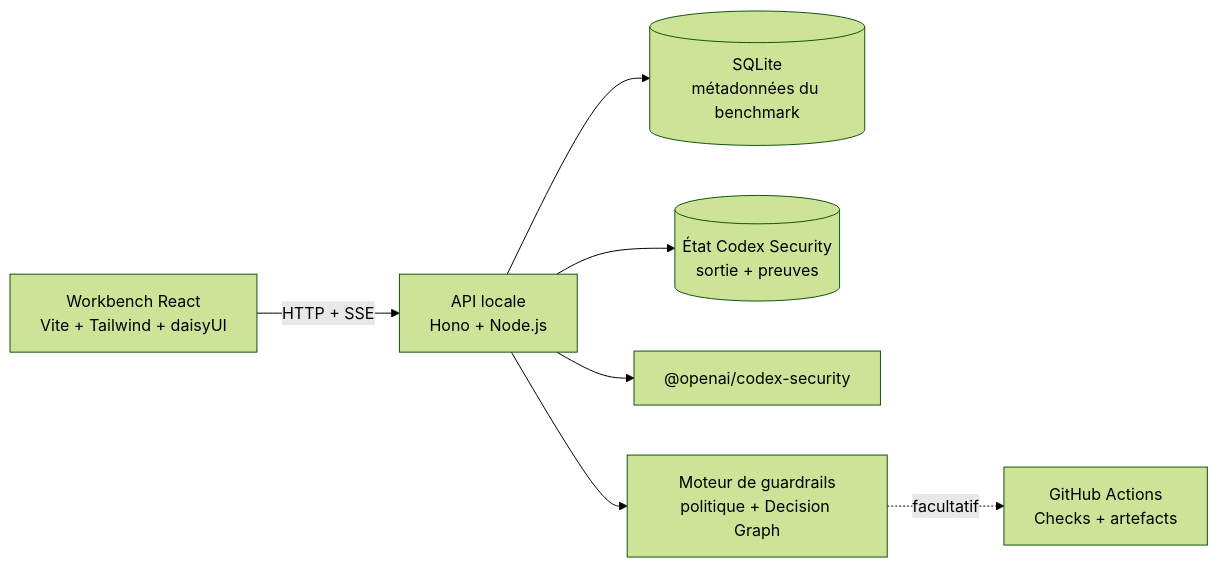
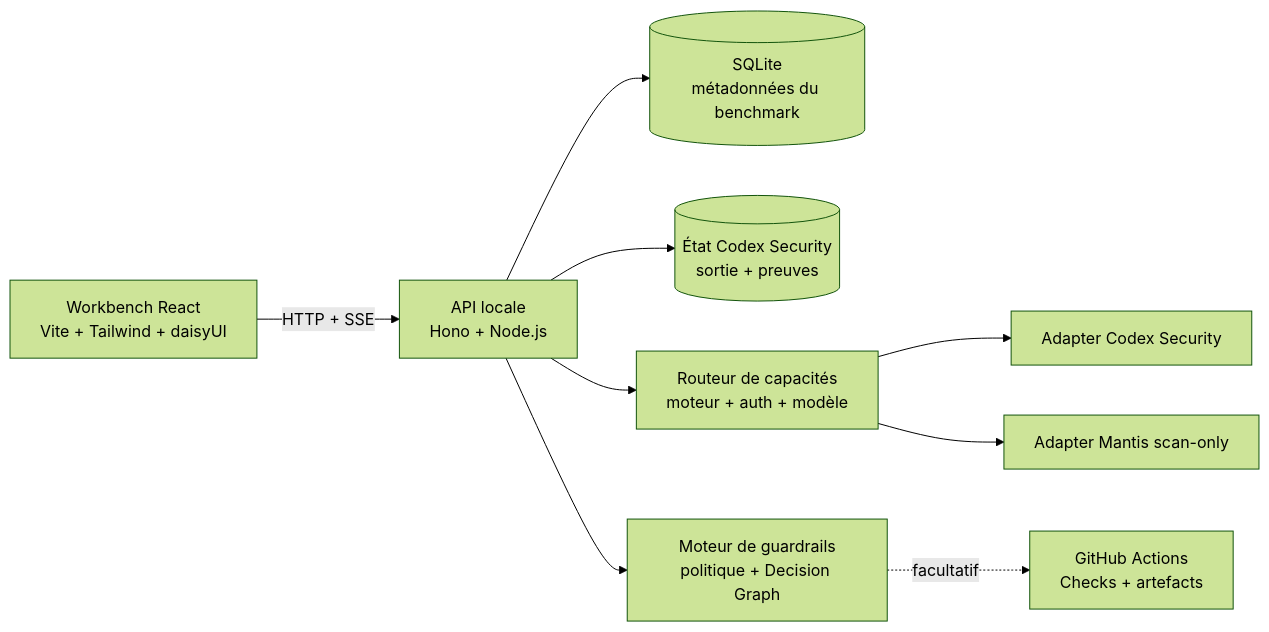
One commit to OkamiOps/okami-sentinel changed the diagram in README.fr.md. Above: the diagram before and after it, drawn with Mermaid (forest theme). The commit also changed other lines of this file and 35 other files, not shown here.

````diff
--- a/README.fr.md
+++ b/README.fr.md
@@ -73,17 +84,21 @@
 ```mermaid
 flowchart LR
     UI["Workbench React\nVite + Tailwind + daisyUI"]
     API["API locale\nHono + Node.js"]
     DB[("SQLite\nmétadonnées du benchmark")]
     STATE[("État Codex Security\nsortie + preuves")]
-    SCANNER["@openai/codex-security"]
+    ROUTER["Routeur de capacités\nmoteur + auth + modèle"]
+    SCANNER["Adapter Codex Security"]
+    MANTIS["Adapter Mantis scan-only"]
     GATE["Moteur de guardrails\npolitique + Decision Graph"]
     GH["GitHub Actions\nChecks + artefacts"]
 
     UI -->|HTTP + SSE| API
     API --> DB
     API --> STATE
-    API --> SCANNER
+    API --> ROUTER
+    ROUTER --> SCANNER
+    ROUTER --> MANTIS
     API --> GATE
     GATE -. facultatif .-> GH
 ```
````
